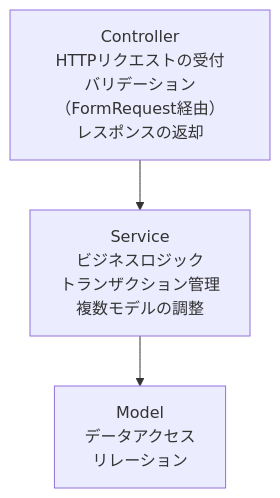
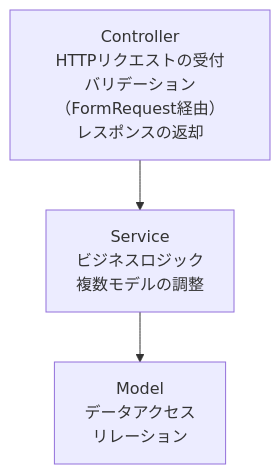
Before and after one commit to kou-tech/laravel-lesson: the first of 4 diagrams in lessons/backend/14-service-class.md, drawn with Mermaid. The commit also changed other lines of this file and 18 other files, not shown here.

````diff
--- a/lessons/backend/14-service-class.md
+++ b/lessons/backend/14-service-class.md
@@ -79,8 +80,8 @@
 ```mermaid
 graph TD
     A["Controller<br/>HTTPリクエストの受付<br/>バリデーション（FormRequest経由）<br/>レスポンスの返却"]
-    B["Service<br/>ビジネスロジック<br/>トランザクション管理<br/>複数モデルの調整"]
+    B["Service<br/>ビジネスロジック<br/>複数モデルの調整"]
     C["Model<br/>データアクセス<br/>リレーション"]
 
     A --> B --> C
 ```
````
